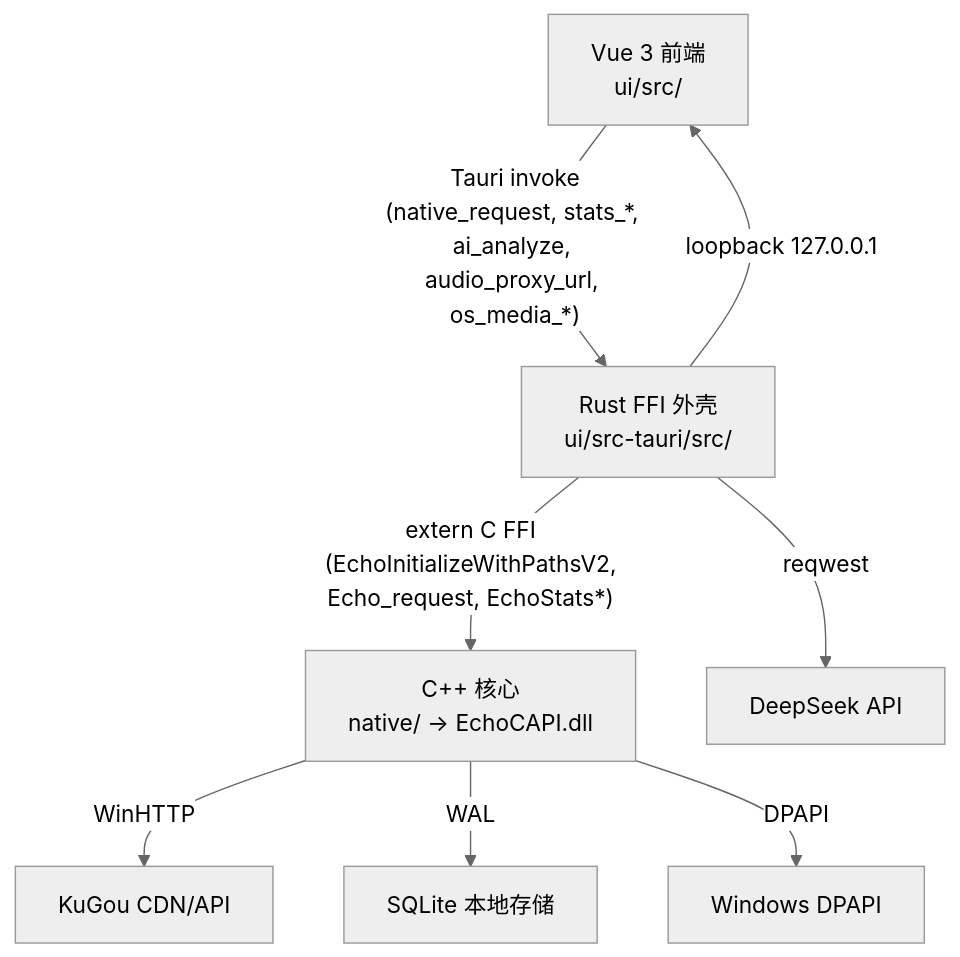
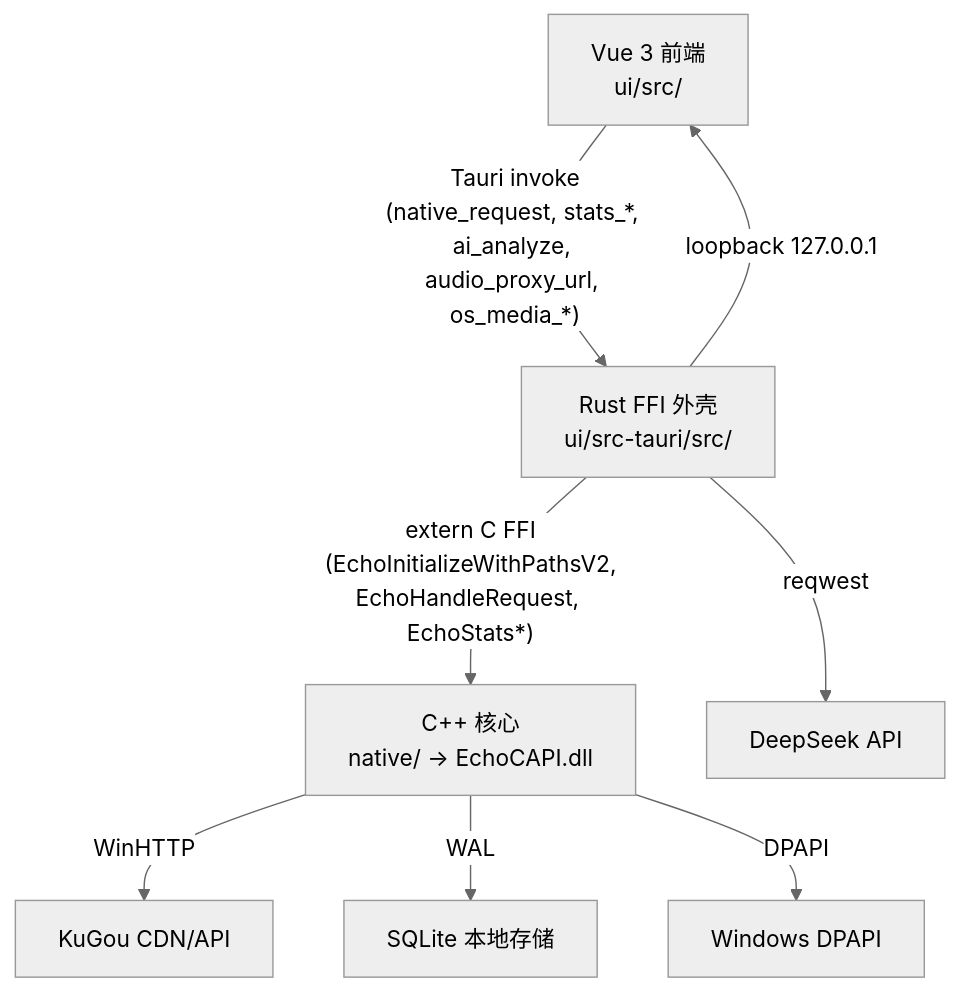
The first of 4 diagrams in docs/wiki/architecture.md (Ningbottle/BottlePlayer), drawn with Mermaid (neutral theme) before and after one commit. The commit also changed other lines of this file and 8 other files, not shown here.

````diff
--- a/docs/wiki/architecture.md
+++ b/docs/wiki/architecture.md
@@ -10,18 +10,18 @@
 ```mermaid
 graph TD
     A[Vue 3 前端<br/>ui/src/]
     B[Rust FFI 外壳<br/>ui/src-tauri/src/]
     C[C++ 核心<br/>native/ → EchoCAPI.dll]
     D[KuGou CDN/API]
     E[SQLite 本地存储]
     F[Windows DPAPI]
     G[DeepSeek API]
 
     A -- "Tauri invoke<br/>(native_request, stats_*, ai_analyze, audio_proxy_url, os_media_*)" --> B
-    B -- "extern C FFI<br/>(EchoInitializeWithPathsV2,<br/>Echo_request, EchoStats*)" --> C
+    B -- "extern C FFI<br/>(EchoInitializeWithPathsV2,<br/>EchoHandleRequest, EchoStats*)" --> C
     C -- "WinHTTP" --> D
     C -- "WAL" --> E
     B -- "loopback 127.0.0.1" --> A
     B -- "reqwest" --> G
     C -- "DPAPI" --> F
 ```
````
